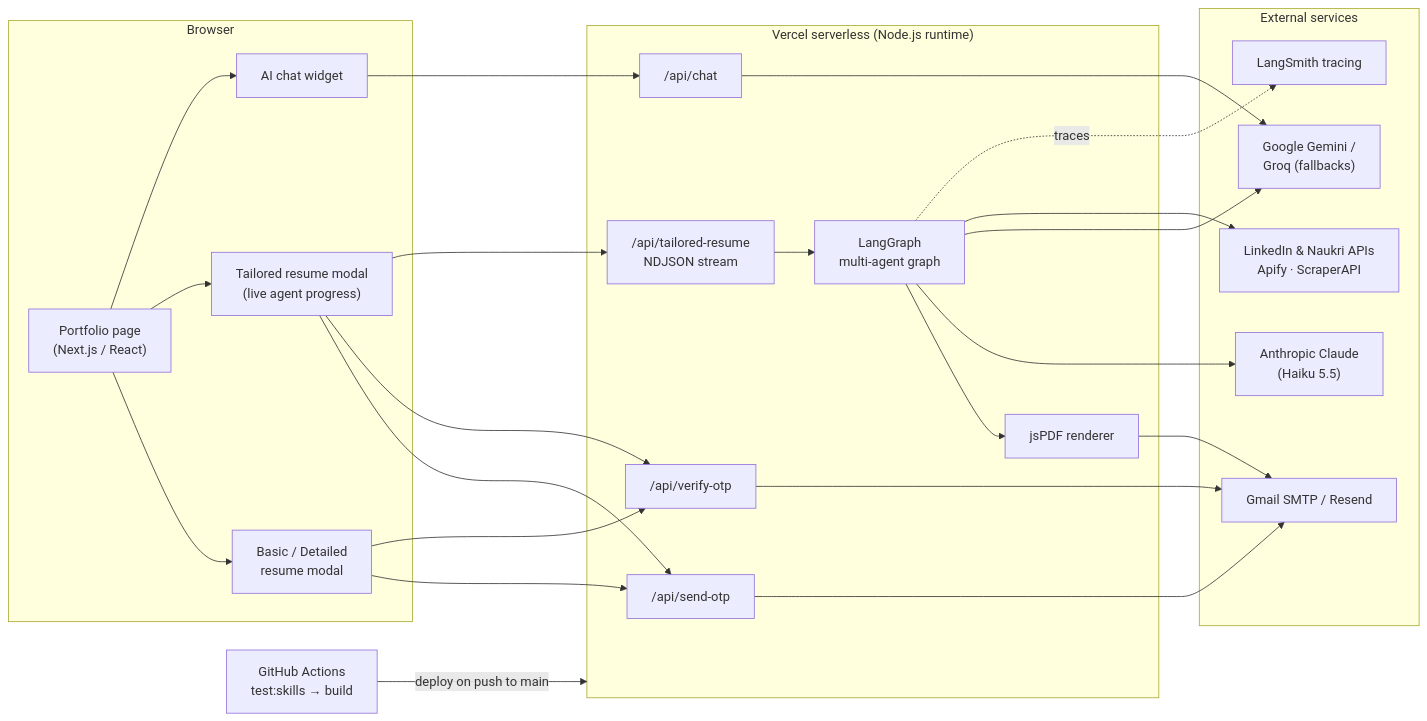
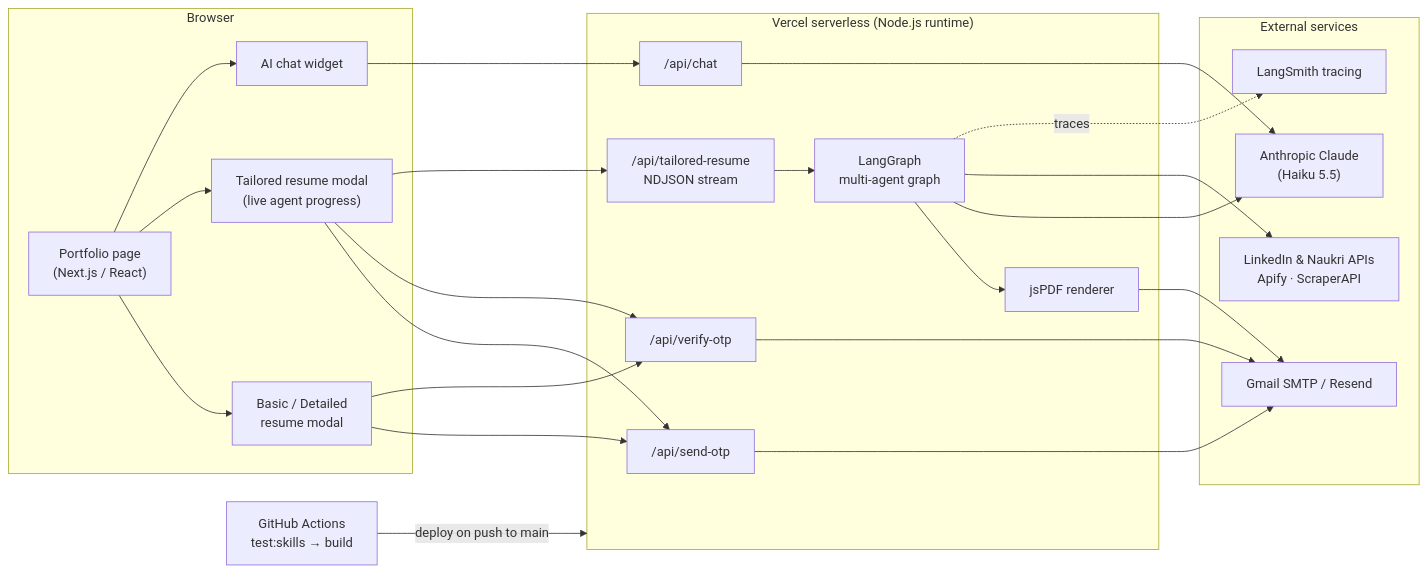
The first of 6 diagrams in README.md (dineshkumar2050/my-portfolio), drawn with Mermaid before and after one commit. The commit also changed other lines of this file and 6 other files, not shown here.

````diff
--- a/README.md
+++ b/README.md
@@ -71,39 +71,38 @@
 ```mermaid
 flowchart LR
   subgraph Browser
     UI["Portfolio page<br/>(Next.js / React)"]
     M1["Basic / Detailed<br/>resume modal"]
     M2["Tailored resume modal<br/>(live agent progress)"]
     CW["AI chat widget"]
   end
 
   subgraph Vercel["Vercel serverless (Node.js runtime)"]
     OTP1["/api/send-otp"]
     OTP2["/api/verify-otp"]
     TR["/api/tailored-resume<br/>NDJSON stream"]
     CHAT["/api/chat"]
     G["LangGraph<br/>multi-agent graph"]
     PDF["jsPDF renderer"]
   end
 
   subgraph External["External services"]
     CL["Anthropic Claude<br/>(Haiku 5.5)"]
-    GM["Google Gemini /<br/>Groq (fallbacks)"]
     JOB["LinkedIn & Naukri APIs<br/>Apify · ScraperAPI"]
     MAIL["Gmail SMTP / Resend"]
     LS["LangSmith tracing"]
   end
 
   UI --> M1 & M2 & CW
   M1 --> OTP1 & OTP2
   M2 --> OTP1 & OTP2 & TR
   CW --> CHAT
   TR --> G --> PDF --> MAIL
-  G --> CL & GM & JOB
+  G --> CL & JOB
   G -. traces .-> LS
   OTP1 --> MAIL
   OTP2 --> MAIL
-  CHAT --> GM
+  CHAT --> CL
 
   GH["GitHub Actions<br/>test:skills → build"] -->|deploy on push to main| Vercel
 ```
````
